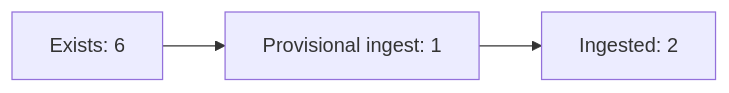
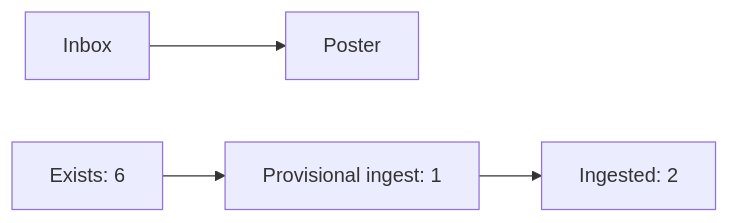
Before and after one commit to OpenPKCommons/OPKC: the diagram in README.md, drawn with Mermaid.

````diff
--- a/README.md
+++ b/README.md
@@ -50,4 +50,8 @@
 ```mermaid
 graph LR
-	exists[Exists: 6] --> provingest[Provisional ingest: 1] --> ingested[Ingested: 2]
+	inbox[Inbox]
+	poster[Poster]
+	inbox --> poster
+	exists[Exists: 6] --> provingest[Provisional ingest: 1] 
+	provingest --> ingested[Ingested: 2]
 ```
````
